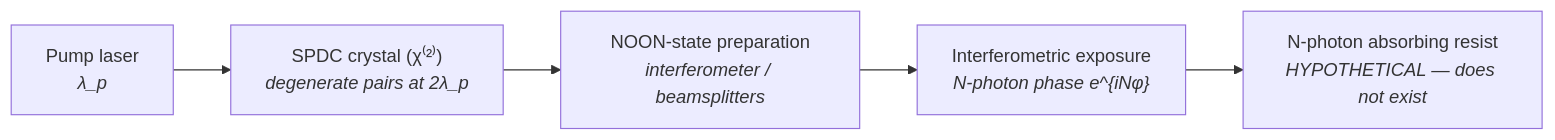
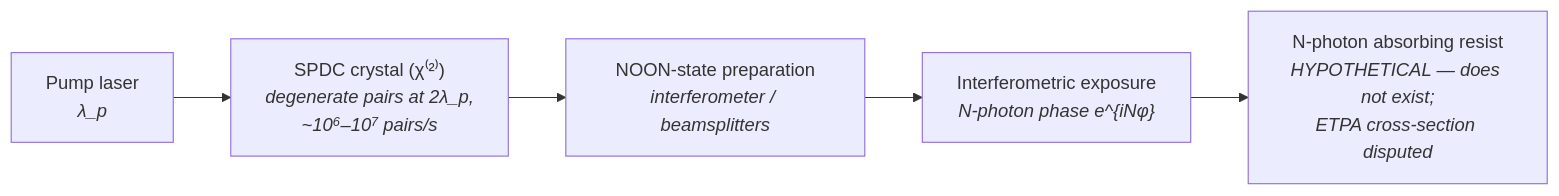
Before and after one commit to sonoransun/highuvlith: the diagram in docs/sources/entangled-photon.md, drawn with Mermaid. The commit also changed other lines of this file and 496 other files, not shown here.

````diff
--- a/docs/sources/entangled-photon.md
+++ b/docs/sources/entangled-photon.md
@@ -15,7 +22,7 @@
 ```mermaid
 flowchart LR
-    A["Pump laser<br/><i>λ_p</i>"] --> B["SPDC crystal (χ⁽²⁾)<br/><i>degenerate pairs at 2λ_p</i>"]
+    A["Pump laser<br/><i>λ_p</i>"] --> B["SPDC crystal (χ⁽²⁾)<br/><i>degenerate pairs at 2λ_p,<br/>~10⁶–10⁷ pairs/s</i>"]
     B --> C["NOON-state preparation<br/><i>interferometer / beamsplitters</i>"]
     C --> D["Interferometric exposure<br/><i>N-photon phase e^{iNφ}</i>"]
-    D --> E["N-photon absorbing resist<br/><i>HYPOTHETICAL — does not exist</i>"]
+    D --> E["N-photon absorbing resist<br/><i>HYPOTHETICAL — does not exist;<br/>ETPA cross-section disputed</i>"]
 ```
````
